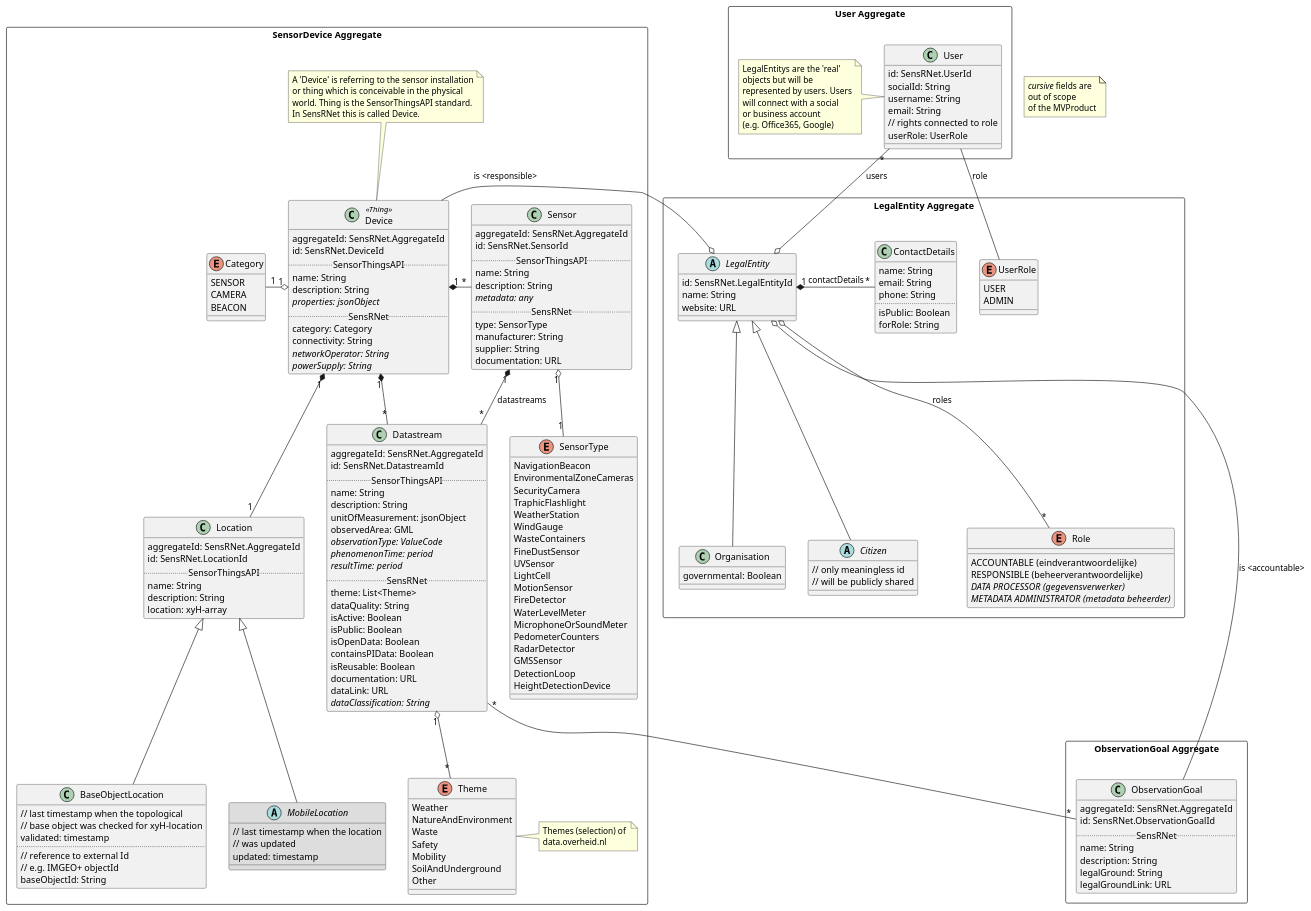
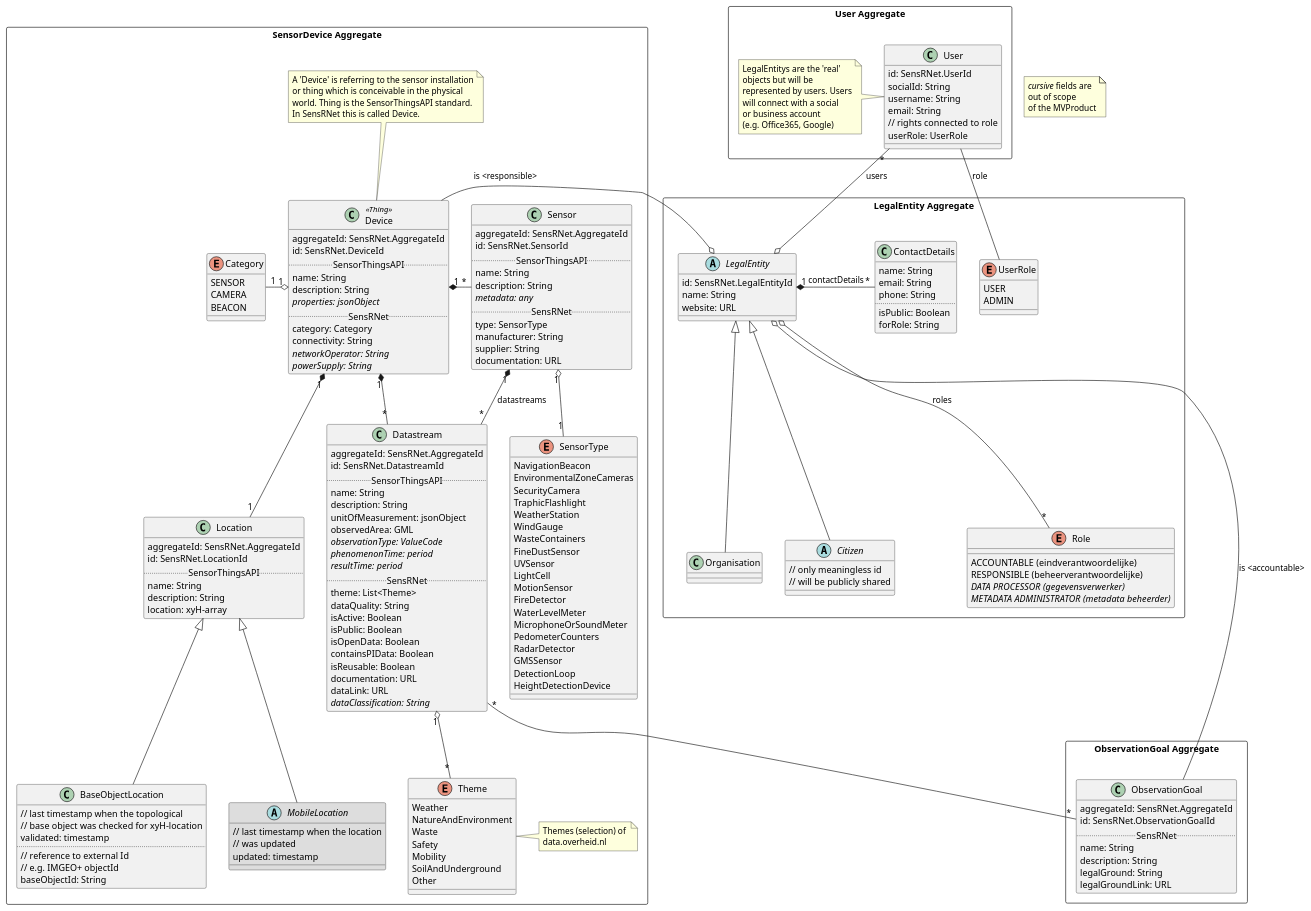
Before and after one commit to kadaster-labs/sensrnet-home: the diagram in src/sensrnet-datamodel-sensorview.puml, drawn with PlantUML. The commit also changed 4 other files, not shown here.

```diff
--- a/src/sensrnet-datamodel-sensorview.puml
+++ b/src/sensrnet-datamodel-sensorview.puml
@@ -15,7 +15,6 @@
         }
 
         class Organisation extends LegalEntity {
-            governmental: Boolean
         }
 
         abstract class Citizen extends LegalEntity {
```
